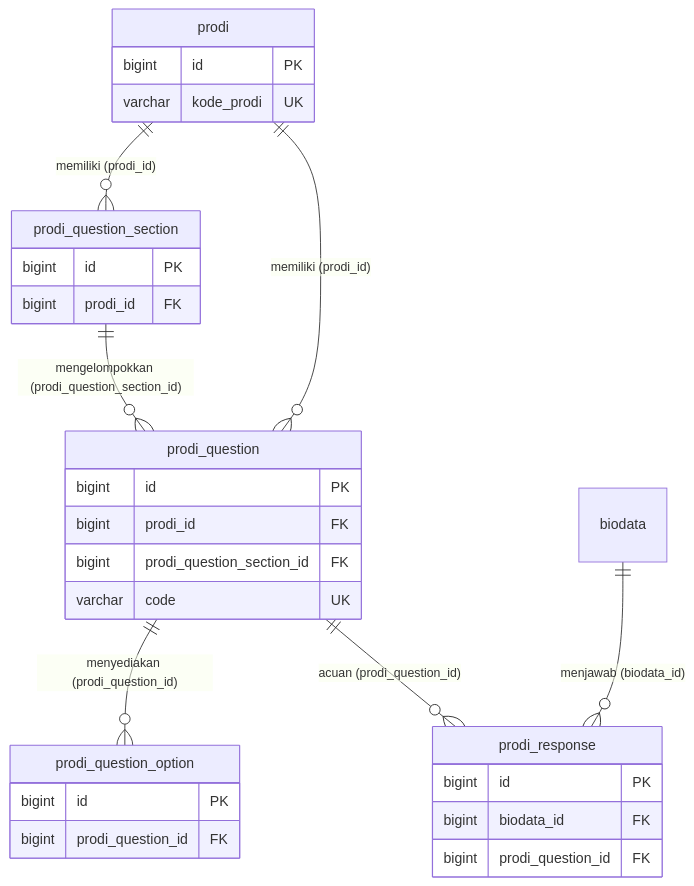
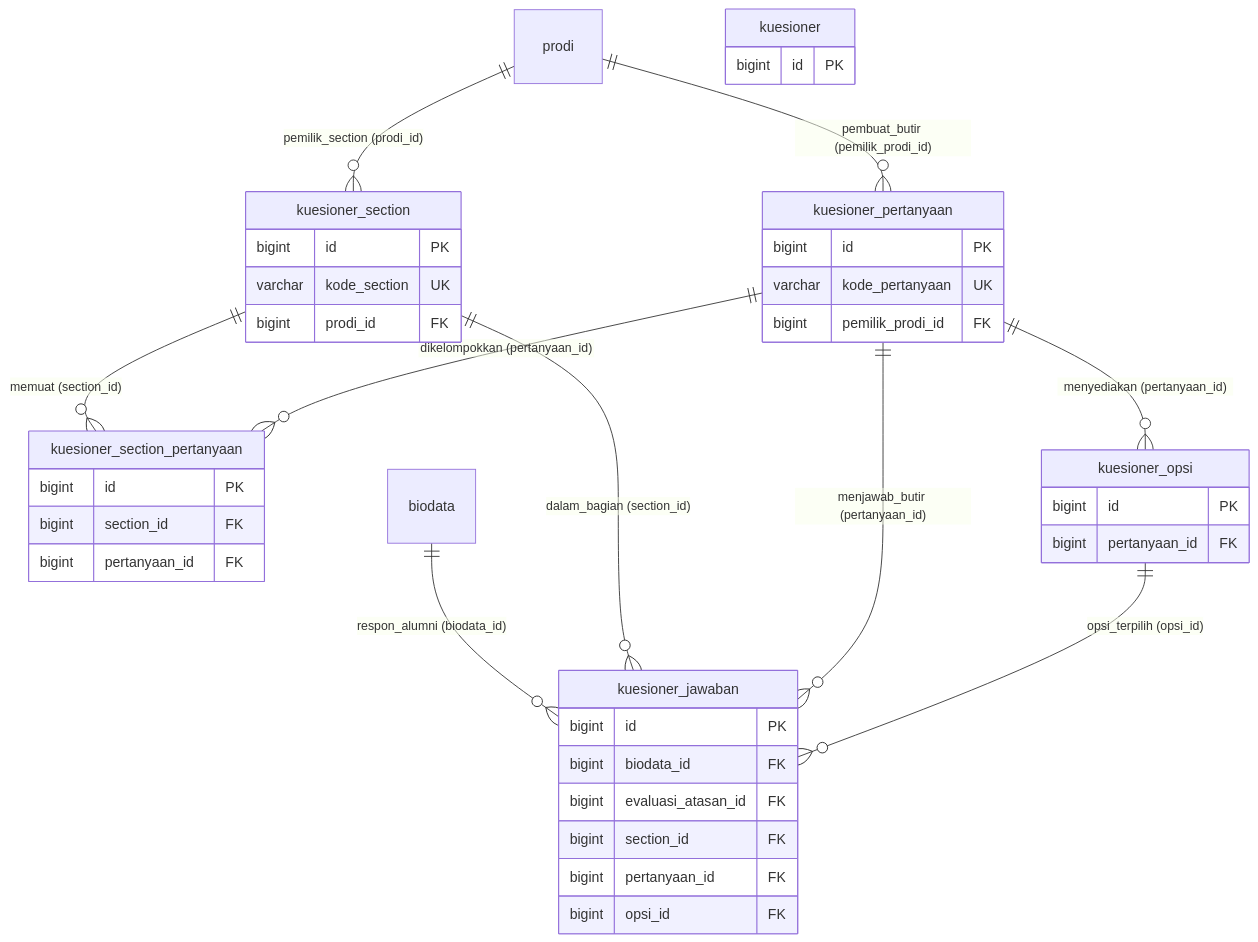
Before and after one commit to claraanjelitakd/tugas-akhir: the fifth of 7 diagrams in ERD.md, drawn with Mermaid. The commit also changed other lines of this file and 96 other files, not shown here.

````diff
--- a/ERD.md
+++ b/ERD.md
@@ -284,37 +226,48 @@
 ```mermaid
 erDiagram
-    prodi ||--o{ prodi_question_section : "memiliki (prodi_id)"
-    prodi ||--o{ prodi_question : "memiliki (prodi_id)"
-    prodi_question_section ||--o{ prodi_question : "mengelompokkan (prodi_question_section_id)"
-    prodi_question ||--o{ prodi_question_option : "menyediakan (prodi_question_id)"
-    biodata ||--o{ prodi_response : "menjawab (biodata_id)"
-    prodi_question ||--o{ prodi_response : "acuan (prodi_question_id)"
+    prodi ||--o{ kuesioner_section : "pemilik_section (prodi_id)"
+    prodi ||--o{ kuesioner_pertanyaan : "pembuat_butir (pemilik_prodi_id)"
+    kuesioner_section ||--o{ kuesioner_section_pertanyaan : "memuat (section_id)"
+    kuesioner_pertanyaan ||--o{ kuesioner_section_pertanyaan : "dikelompokkan (pertanyaan_id)"
+    kuesioner_pertanyaan ||--o{ kuesioner_opsi : "menyediakan (pertanyaan_id)"
+    biodata ||--o{ kuesioner_jawaban : "respon_alumni (biodata_id)"
+    kuesioner_section ||--o{ kuesioner_jawaban : "dalam_bagian (section_id)"
+    kuesioner_pertanyaan ||--o{ kuesioner_jawaban : "menjawab_butir (pertanyaan_id)"
+    kuesioner_opsi ||--o{ kuesioner_jawaban : "opsi_terpilih (opsi_id)"
 
-    prodi {
+    kuesioner {
         bigint id PK
-        varchar kode_prodi UK
     }
 
-    prodi_question_section {
+    kuesioner_section {
         bigint id PK
+        varchar kode_section UK
         bigint prodi_id FK
     }
 
-    prodi_question {
+    kuesioner_pertanyaan {
         bigint id PK
-        bigint prodi_id FK
-        bigint prodi_question_section_id FK
-        varchar code UK
+        varchar kode_pertanyaan UK
+        bigint pemilik_prodi_id FK
     }
 
-    prodi_question_option {
+    kuesioner_section_pertanyaan {
         bigint id PK
-        bigint prodi_question_id FK
+        bigint section_id FK
+        bigint pertanyaan_id FK
     }
 
-    prodi_response {
+    kuesioner_opsi {
+        bigint id PK
+        bigint pertanyaan_id FK
+    }
+
+    kuesioner_jawaban {
         bigint id PK
         bigint biodata_id FK
-        bigint prodi_question_id FK
+        bigint evaluasi_atasan_id FK
+        bigint section_id FK
+        bigint pertanyaan_id FK
+        bigint opsi_id FK
     }
 ```
````
